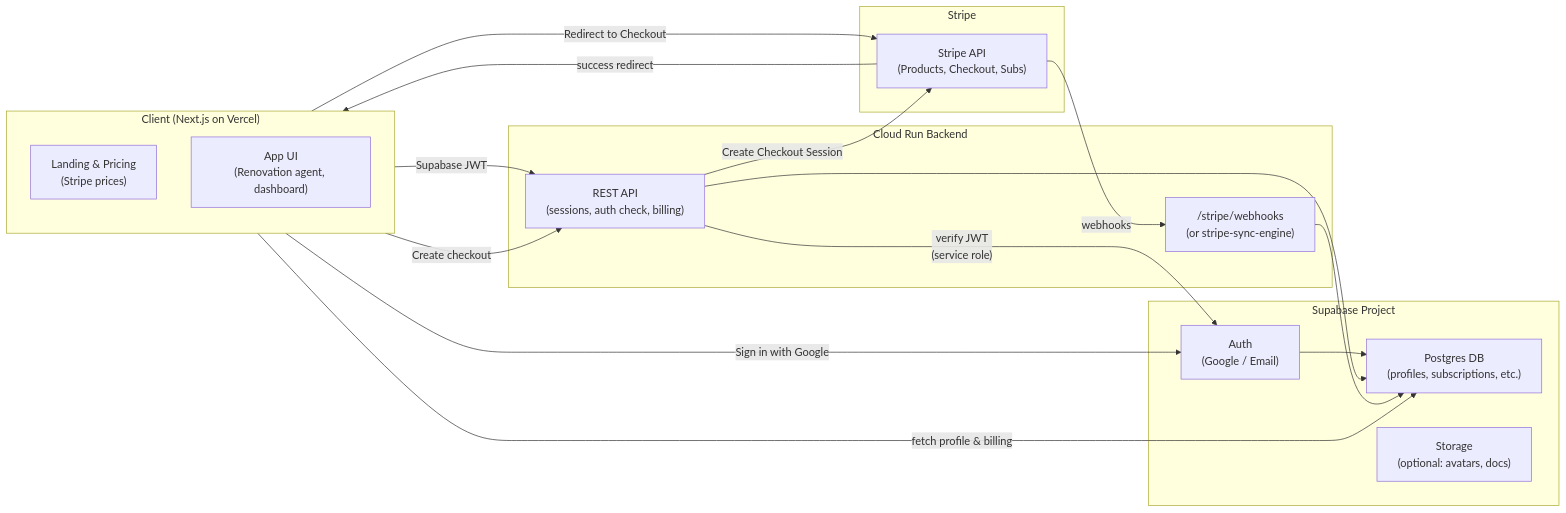
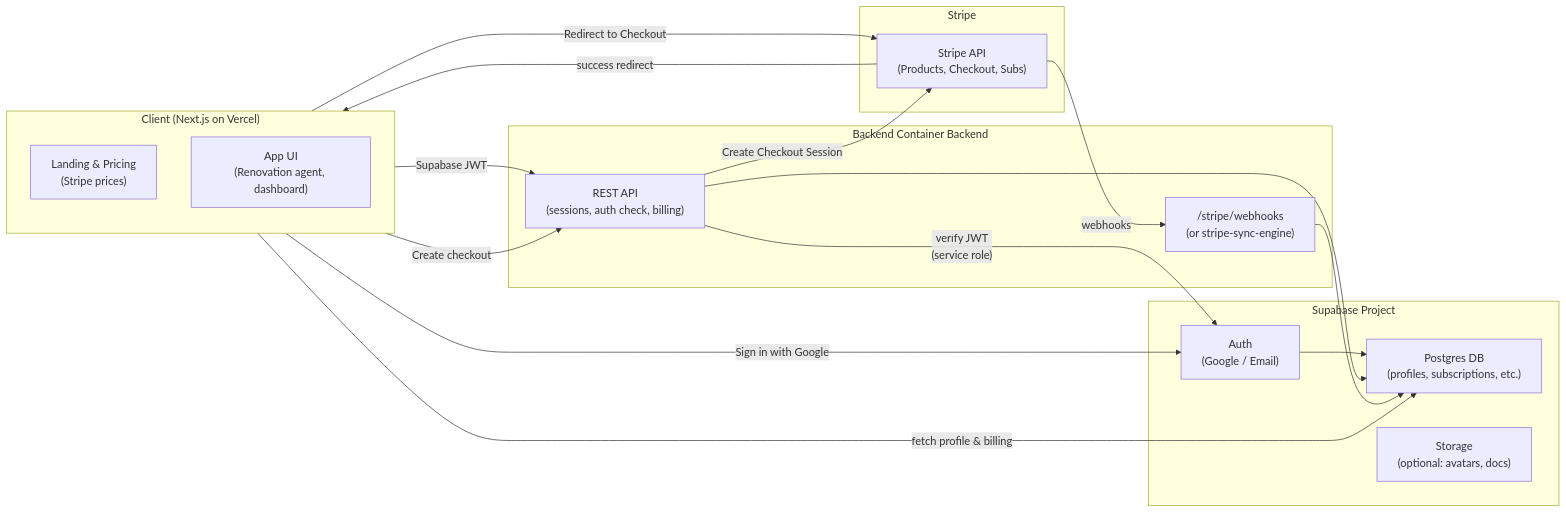
One commit to songyinggoh/renovation-agent-monorepo changed the first of 5 diagrams in docs/notion/Authentication and Payments Architecture.md. Above: the diagram before and after it, drawn with Mermaid. The commit also changed other lines of this file and 15 other files, not shown here.

````diff
--- a/docs/notion/Authentication and Payments Architecture.md
+++ b/docs/notion/Authentication and Payments Architecture.md
@@ -25,40 +25,40 @@
 ```mermaid
 flowchart LR
   subgraph Client["Client (Next.js on Vercel)"]
     Landing["Landing & Pricing<br/>(Stripe prices)"]
     AppUI["App UI<br/>(Renovation agent, dashboard)"]
   end
 
   subgraph Supabase["Supabase Project"]
     Auth["Auth<br/>(Google / Email)"]
     DB["Postgres DB<br/>(profiles, subscriptions, etc.)"]
     Storage["Storage<br/>(optional: avatars, docs)"]
   end
 
-  subgraph Backend["Cloud Run Backend"]
+  subgraph Backend["Backend Container Backend"]
     API["REST API<br/>(sessions, auth check, billing)"]
     Webhooks["/stripe/webhooks<br/>(or stripe-sync-engine)"]
   end
 
   subgraph Stripe["Stripe"]
     StripeCore["Stripe API<br/>(Products, Checkout, Subs)"]
   end
 
   Client -->|"Sign in with Google"| Auth
   Auth --> DB
 
   Client -->|"Supabase JWT"| API
   API -->|"verify JWT<br/>(service role)"| Auth
   API --> DB
 
   Client -->|"Create checkout"| API
   API -->|"Create Checkout Session"| StripeCore
   Client -->|"Redirect to Checkout"| StripeCore
   StripeCore -->|"success redirect"| Client
 
   StripeCore -->|"webhooks"| Webhooks
   Webhooks --> DB
 
   Client -->|"fetch profile & billing"| DB
 
 ```
````
